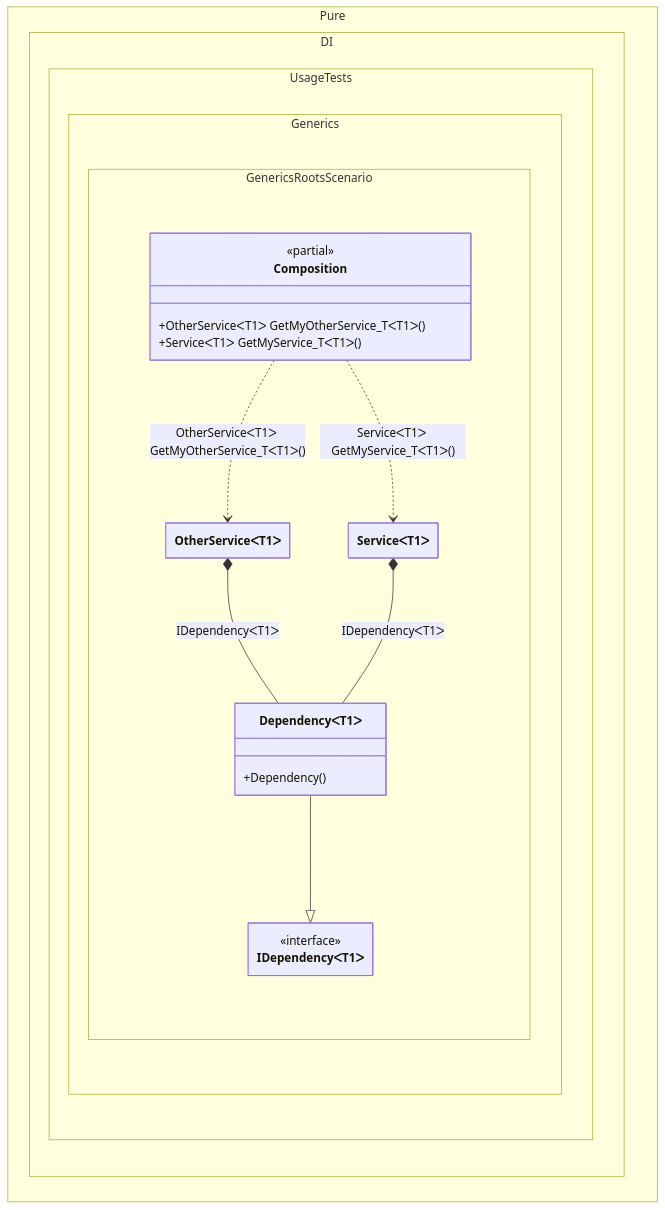
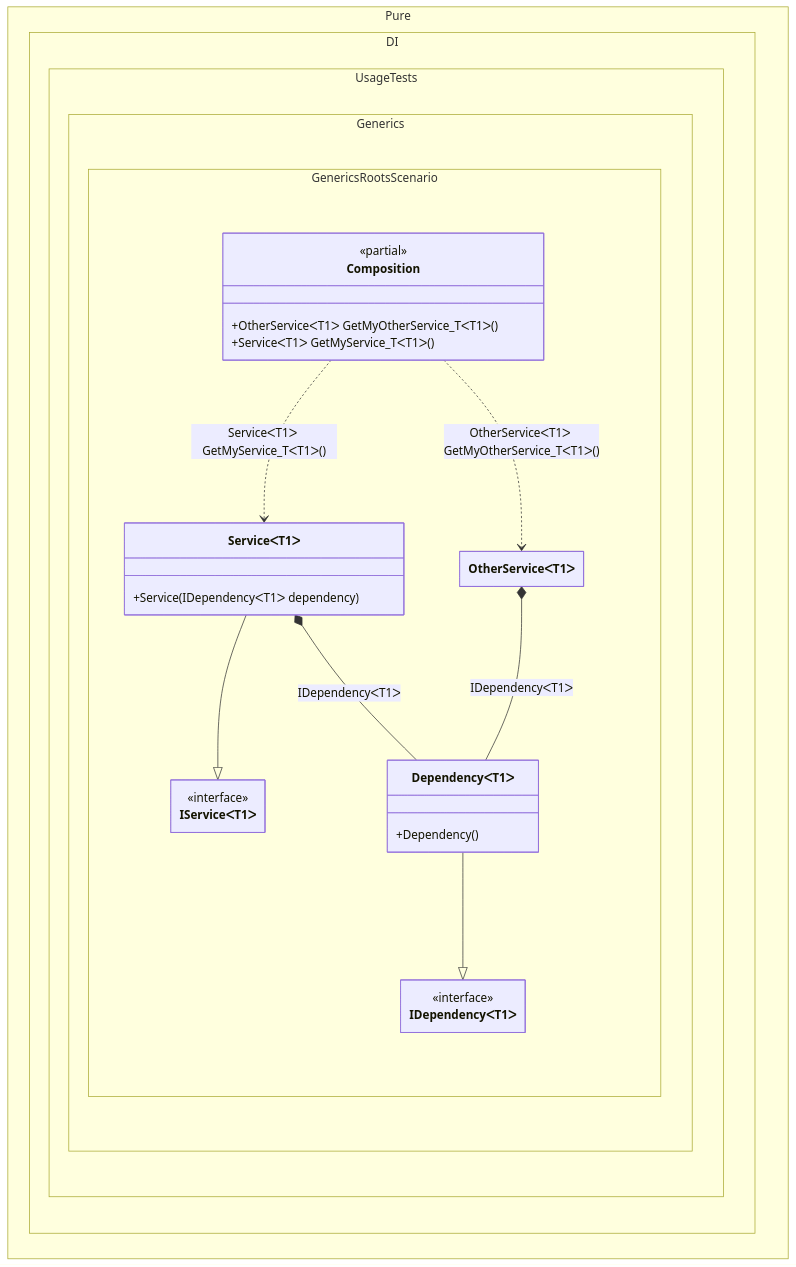
One commit to DevTeam/Pure.DI changed the diagram in readme/generic-roots.md. Above: the diagram before and after it, drawn with Mermaid. The commit also changed 113 other files, not shown here.

````diff
--- a/readme/generic-roots.md
+++ b/readme/generic-roots.md
@@ -105,30 +105,35 @@
 ```mermaid
 ---
  config:
   class:
    hideEmptyMembersBox: true
 ---
 classDiagram
+	ServiceᐸT1ᐳ --|> IServiceᐸT1ᐳ
 	DependencyᐸT1ᐳ --|> IDependencyᐸT1ᐳ
 	Composition ..> OtherServiceᐸT1ᐳ : OtherServiceᐸT1ᐳ GetMyOtherService_TᐸT1ᐳ()
 	Composition ..> ServiceᐸT1ᐳ : ServiceᐸT1ᐳ GetMyService_TᐸT1ᐳ()
 	OtherServiceᐸT1ᐳ *--  DependencyᐸT1ᐳ : IDependencyᐸT1ᐳ
 	ServiceᐸT1ᐳ *--  DependencyᐸT1ᐳ : IDependencyᐸT1ᐳ
 	namespace Pure.DI.UsageTests.Generics.GenericsRootsScenario {
 		class Composition {
 		<<partial>>
 		+OtherServiceᐸT1ᐳ GetMyOtherService_TᐸT1ᐳ()
 		+ServiceᐸT1ᐳ GetMyService_TᐸT1ᐳ()
 		}
 		class DependencyᐸT1ᐳ {
 			+Dependency()
 		}
 		class IDependencyᐸT1ᐳ {
 			<<interface>>
 		}
+		class IServiceᐸT1ᐳ {
+			<<interface>>
+		}
 		class OtherServiceᐸT1ᐳ {
 		}
 		class ServiceᐸT1ᐳ {
+			+Service(IDependencyᐸT1ᐳ dependency)
 		}
 	}
 ```
````
